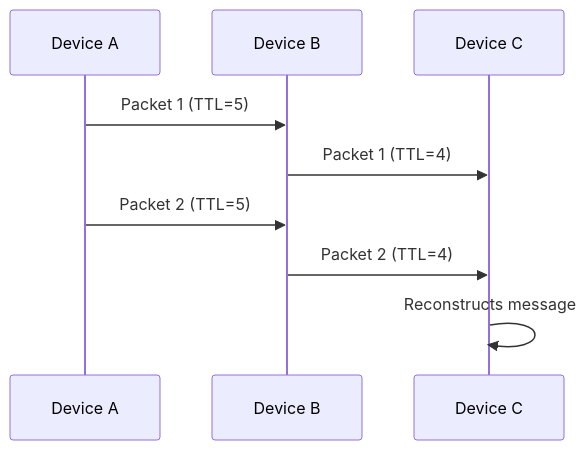
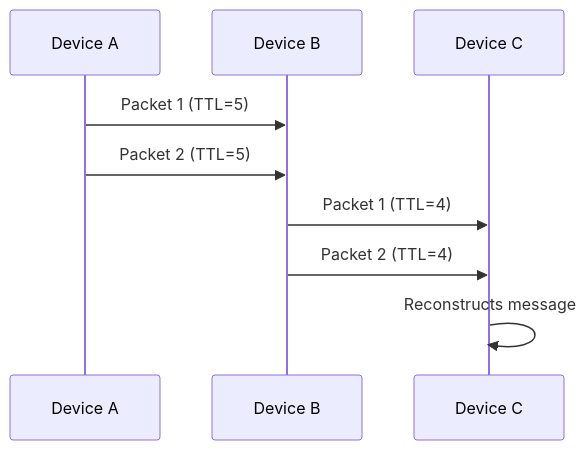
The diagram in docs/PROTOCOL.md (4surix/honeybee), drawn with Mermaid before and after one commit. The commit also changed other lines of this file and 8 other files, not shown here.

````diff
--- a/docs/PROTOCOL.md
+++ b/docs/PROTOCOL.md
@@ -57,12 +57,12 @@
 ```mermaid
 sequenceDiagram
     participant A as Device A
     participant B as Device B
     participant C as Device C
 
     A->>B: Packet 1 (TTL=5)
+    A->>B: Packet 2 (TTL=5)
     B->>C: Packet 1 (TTL=4)
-    A->>B: Packet 2 (TTL=5)
     B->>C: Packet 2 (TTL=4)
     C->>C: Reconstructs message
 ```
````
